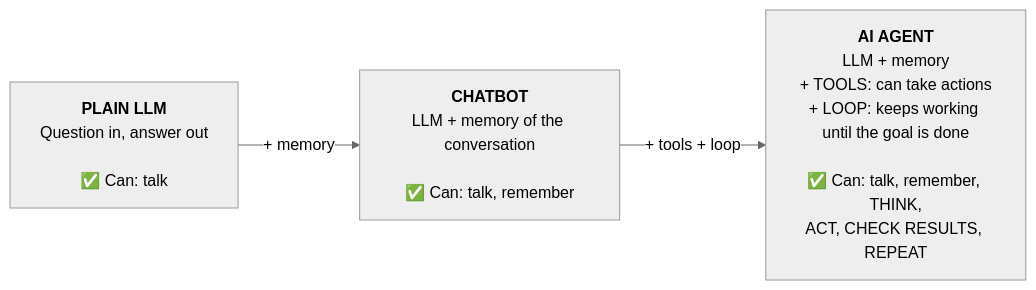
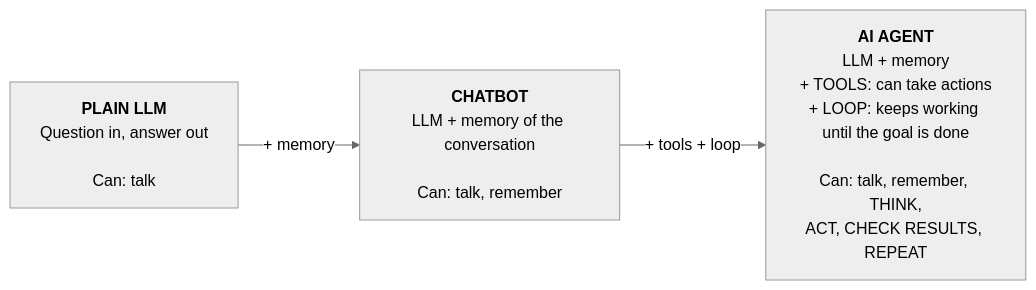
The third of 36 diagrams in README.md (anandgaur22/ai-agent-python-demo), drawn with Mermaid (neutral theme) before and after one commit. The commit also changed other lines of this file, not shown here.

Commit message:
AI agent demo in Python with Ollama, Gemini and Groq

````diff
--- a/README.md
+++ b/README.md
@@ -106,7 +104,7 @@
 ```mermaid
 flowchart LR
-  L["<b>PLAIN LLM</b><br/>Question in, answer out<br/><br/>✅ Can: talk"]
-  C["<b>CHATBOT</b><br/>LLM + memory of the conversation<br/><br/>✅ Can: talk, remember"]
-  A["<b>AI AGENT</b><br/>LLM + memory<br/>+ TOOLS: can take actions<br/>+ LOOP: keeps working until the goal is done<br/><br/>✅ Can: talk, remember, THINK,<br/>ACT, CHECK RESULTS, REPEAT"]
+  L["<b>PLAIN LLM</b><br/>Question in, answer out<br/><br/>Can: talk"]
+  C["<b>CHATBOT</b><br/>LLM + memory of the conversation<br/><br/>Can: talk, remember"]
+  A["<b>AI AGENT</b><br/>LLM + memory<br/>+ TOOLS: can take actions<br/>+ LOOP: keeps working until the goal is done<br/><br/>Can: talk, remember, THINK,<br/>ACT, CHECK RESULTS, REPEAT"]
   L -- "+ memory" --> C -- "+ tools + loop" --> A
 ```
````
